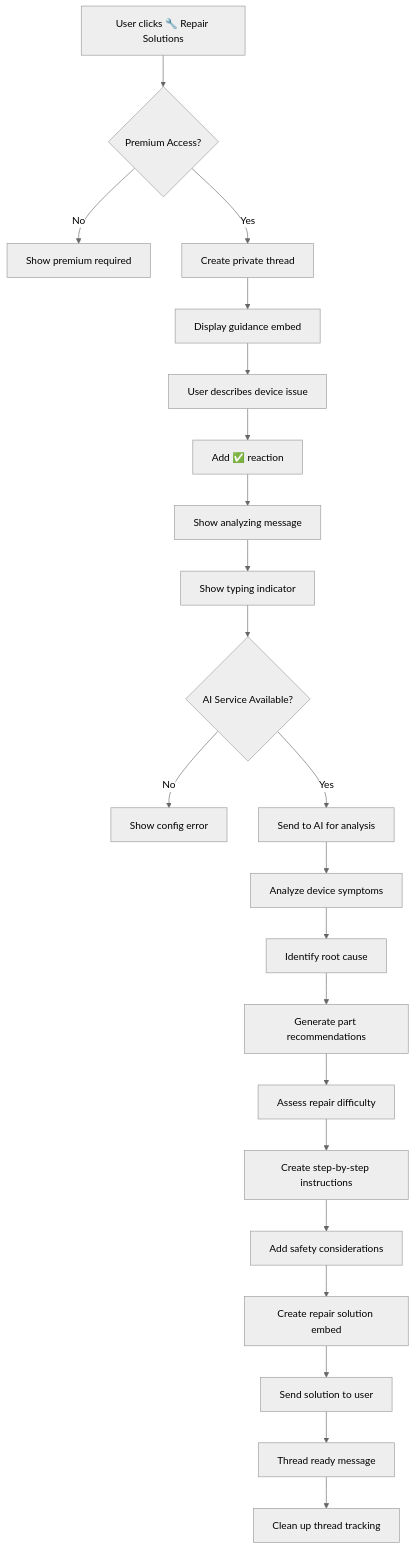
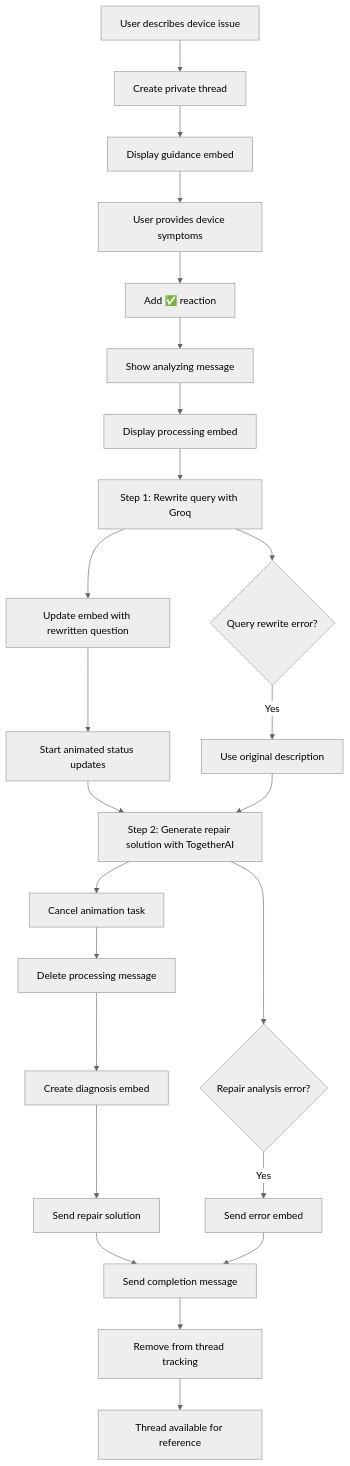
Before and after one commit to sidekickmobile/cellzier-bots-public: the diagram in flows/repair_solution_flow.md, drawn with Mermaid (neutral theme). The commit also changed other lines of this file and 4 other files, not shown here.

Commit message:
Update repair solution flows

````diff
--- a/flows/repair_solution_flow.md
+++ b/flows/repair_solution_flow.md
@@ -100,24 +124,28 @@
 ```mermaid
 graph TD
-    A[User clicks 🔧 Repair Solutions] --> B{Premium Access?}
-    B -->|No| C[Show premium required]
-    B -->|Yes| D[Create private thread]
-    D --> E[Display guidance embed]
-    E --> F[User describes device issue]
-    F --> G[Add ✅ reaction]
-    G --> H[Show analyzing message]
-    H --> I[Show typing indicator]
-    I --> J{AI Service Available?}
-    J -->|No| K[Show config error]
-    J -->|Yes| L[Send to AI for analysis]
-    L --> M[Analyze device symptoms]
-    M --> N[Identify root cause]
-    N --> O[Generate part recommendations]
-    O --> P[Assess repair difficulty]
-    P --> Q[Create step-by-step instructions]
-    Q --> R[Add safety considerations]
-    R --> S[Create repair solution embed]
-    S --> T[Send solution to user]
-    T --> U[Thread ready message]
-    U --> V[Clean up thread tracking]
+    A[User describes device issue] --> B[Create private thread]
+    B --> C[Display guidance embed]
+    C --> D[User provides device symptoms]
+    D --> E[Add ✅ reaction]
+    E --> F[Show analyzing message]
+    F --> G[Display processing embed]
+    G --> H[Step 1: Rewrite query with Groq]
+    H --> I[Update embed with rewritten question]
+    I --> J[Start animated status updates]
+    J --> K[Step 2: Generate repair solution with TogetherAI]
+    K --> L[Cancel animation task]
+    L --> M[Delete processing message]
+    M --> N[Create diagnosis embed]
+    N --> O[Send repair solution]
+    O --> P[Send completion message]
+    P --> Q[Remove from thread tracking]
+    Q --> R[Thread available for reference]
+
+    H --> S{Query rewrite error?}
+    S -->|Yes| T[Use original description]
+    T --> K
+
+    K --> U{Repair analysis error?}
+    U -->|Yes| V[Send error embed]
+    V --> P
 ```
````
